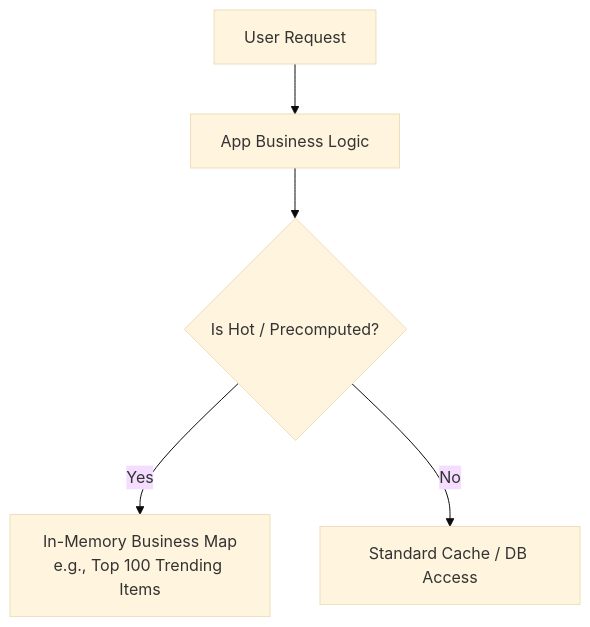
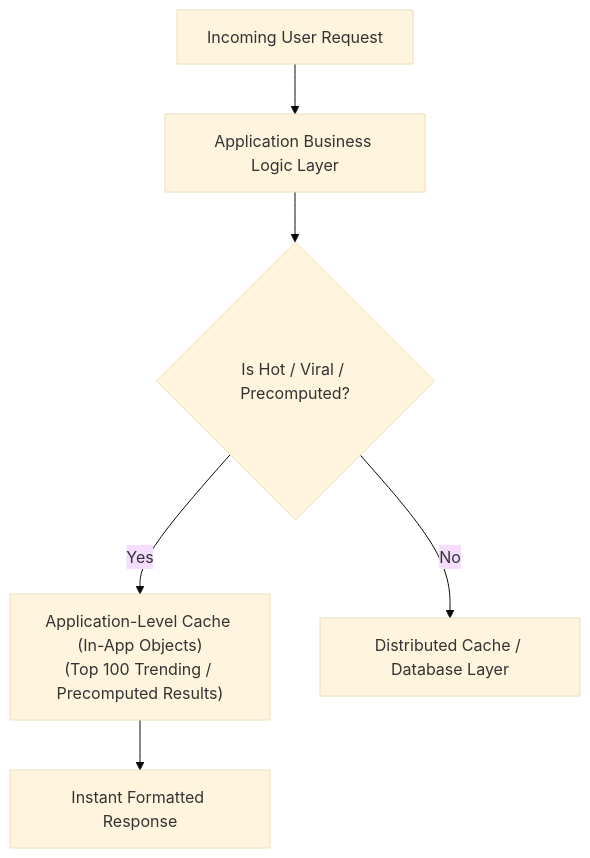
The fifth of 10 diagrams in Caching/Caching_Categories.md (piyalidas10/System_Design), drawn with Mermaid (base theme) before and after one commit. The commit also changed other lines of this file, not shown here.

````diff
--- a/Caching/Caching_Categories.md
+++ b/Caching/Caching_Categories.md
@@ -228,7 +239,8 @@
 ```mermaid
 graph TD
-    Request[User Request] --> BusinessLogic[App Business Logic]
-    BusinessLogic --> HotCheck{Is Hot / Precomputed?}
-    HotCheck -- Yes --> PrecomputedMap[In-Memory Business Map<br/>e.g., Top 100 Trending Items]
-    HotCheck -- No --> DataLayer[Standard Cache / DB Access]
+    Request[Incoming User Request] --> BusinessLogic[Application Business Logic Layer]
+    BusinessLogic --> HotCheck{Is Hot / Viral / Precomputed?}
+    HotCheck -- Yes --> AppCache["Application-Level Cache (In-App Objects)<br/>(Top 100 Trending / Precomputed Results)"]
+    AppCache --> FastReturn[Instant Formatted Response]
+    HotCheck -- No --> CacheLayer[Distributed Cache / Database Layer]
 ```
````
